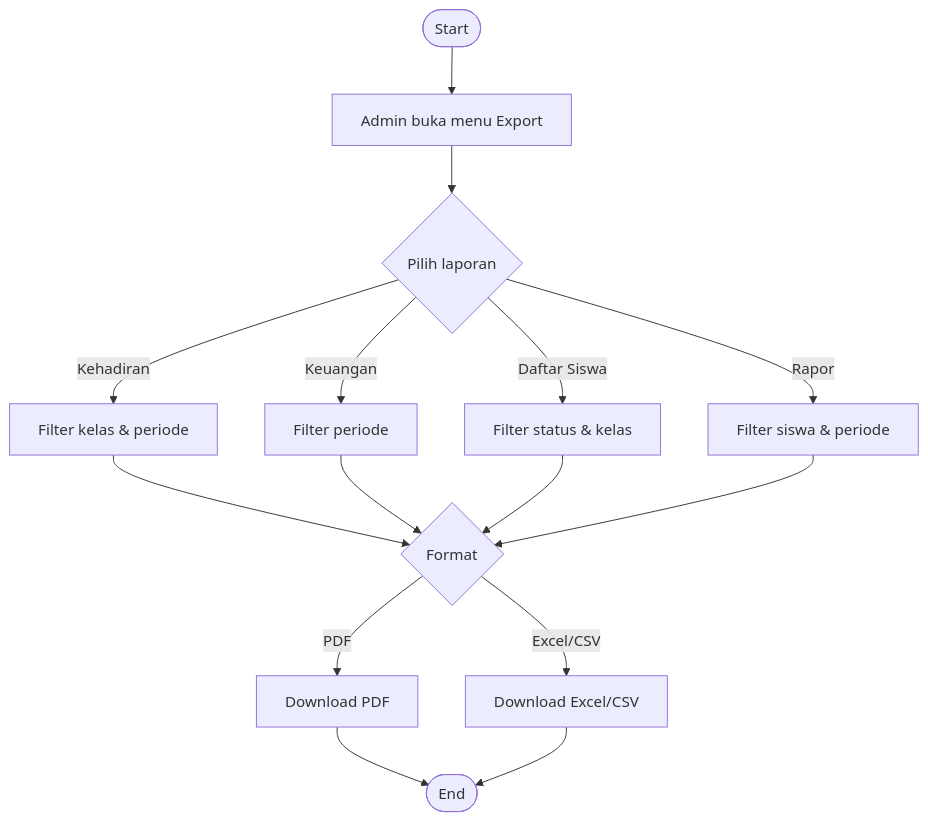
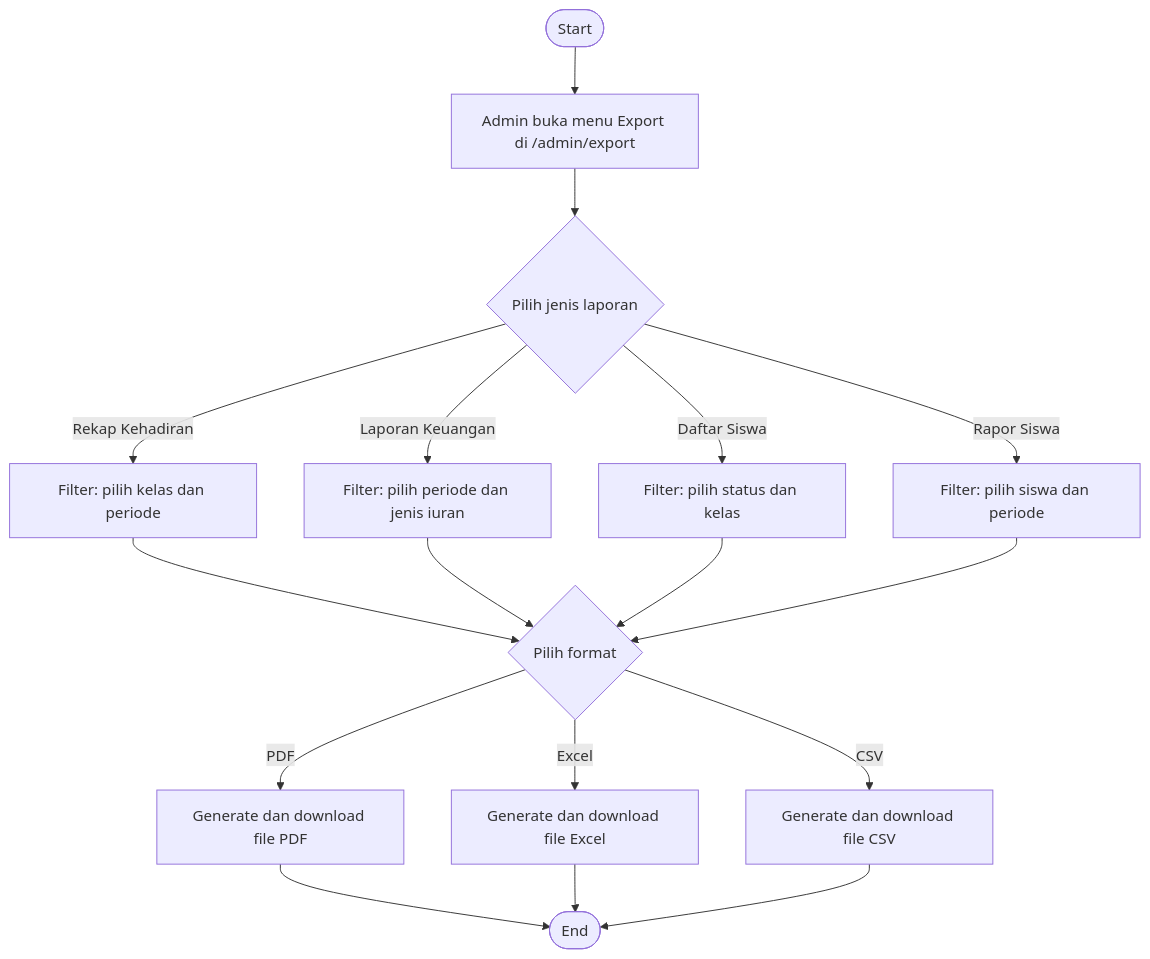
Before and after one commit to Hendrasetyawan1945/sistem-manajemen-kolam: the tenth of 11 diagrams in docs/alur-sistem.md, drawn with Mermaid. The commit also changed other lines of this file and 1 other file, not shown here.

````diff
--- a/docs/alur-sistem.md
+++ b/docs/alur-sistem.md
@@ -139,17 +259,19 @@
 ```mermaid
 flowchart TD
-    A([Start]) --> B[Admin buka menu Export]
-    B --> C{Pilih laporan}
-    C -->|Kehadiran| D[Filter kelas & periode]
-    C -->|Keuangan| E[Filter periode]
-    C -->|Daftar Siswa| F[Filter status & kelas]
-    C -->|Rapor| G[Filter siswa & periode]
-    D --> H{Format}
+    A([Start]) --> B[Admin buka menu Export di /admin/export]
+    B --> C{Pilih jenis laporan}
+    C -->|Rekap Kehadiran| D[Filter: pilih kelas dan periode]
+    C -->|Laporan Keuangan| E[Filter: pilih periode dan jenis iuran]
+    C -->|Daftar Siswa| F[Filter: pilih status dan kelas]
+    C -->|Rapor Siswa| G[Filter: pilih siswa dan periode]
+    D --> H{Pilih format}
     E --> H
     F --> H
     G --> H
-    H -->|PDF| I[Download PDF]
-    H -->|Excel/CSV| J[Download Excel/CSV]
-    I --> K([End])
-    J --> K
+    H -->|PDF| I[Generate dan download file PDF]
+    H -->|Excel| J[Generate dan download file Excel]
+    H -->|CSV| K[Generate dan download file CSV]
+    I --> L([End])
+    J --> L
+    K --> L
 ```
````
